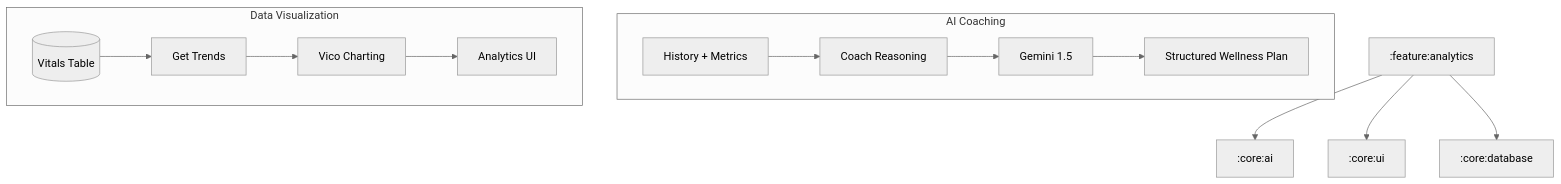
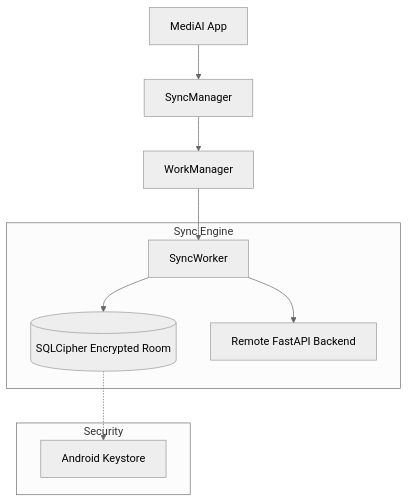
Before and after one commit to KotlinFiroj/Ai-HealthCare-App: the diagram in .artifacts/4dc8775b-7ddf-49a0-b4e6-8fda79cbdfec/implementation_plan.artifact.md, drawn with Mermaid (neutral theme). The commit also changed other lines of this file and 12 other files, not shown here.

Commit message:
Implement Phase 16: Security & Offline Sync with database encryption using SQLCipher, background synchronization engine, and secure key management

````diff
--- a/.artifacts/4dc8775b-7ddf-49a0-b4e6-8fda79cbdfec/implementation_plan.artifact.md
+++ b/.artifacts/4dc8775b-7ddf-49a0-b4e6-8fda79cbdfec/implementation_plan.artifact.md
@@ -52,18 +46,15 @@
 ```mermaid
 graph TD
-    F_Analytics[:feature:analytics] --> C_AI[:core:ai]
-    F_Analytics --> C_UI[:core:ui]
-    F_Analytics --> C_DB[:core:database]
+    App[MediAI App] --> SyncManager[SyncManager]
+    SyncManager --> WM[WorkManager]
+    WM --> SyncWorker[SyncWorker]
 
-    subgraph AI Coaching
-        UserHistory[History + Metrics] --> CoachPrompt[Coach Reasoning]
-        CoachPrompt --> Gemini[Gemini 1.5]
-        Gemini --> WellnessPlan[Structured Wellness Plan]
+    subgraph Sync Engine
+        SyncWorker --> LocalDB[(SQLCipher Encrypted Room)]
+        SyncWorker --> API[Remote FastAPI Backend]
     end
 
-    subgraph Data Visualization
-        DB_Metrics[(Vitals Table)] --> TrendUseCase[Get Trends]
-        TrendUseCase --> Vico[Vico Charting]
-        Vico --> UI_Charts[Analytics UI]
+    subgraph Security
+        LocalDB -.-> KeyStore[Android Keystore]
     end
 ```
````
